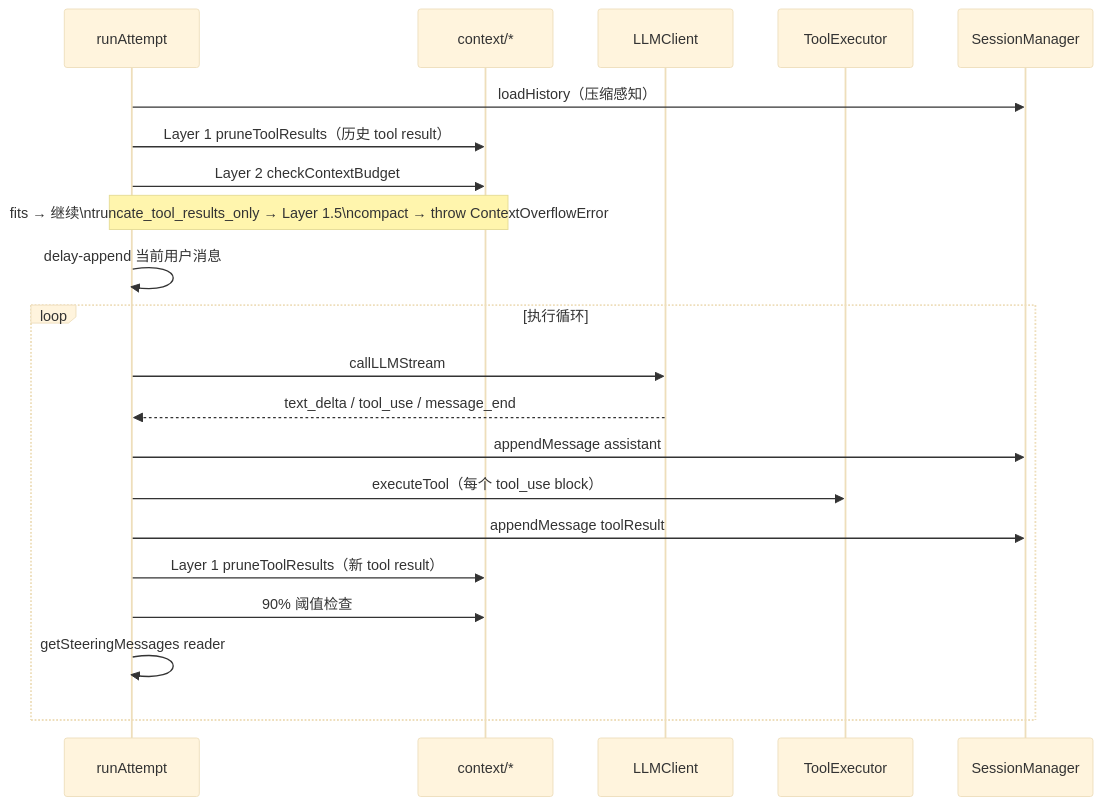
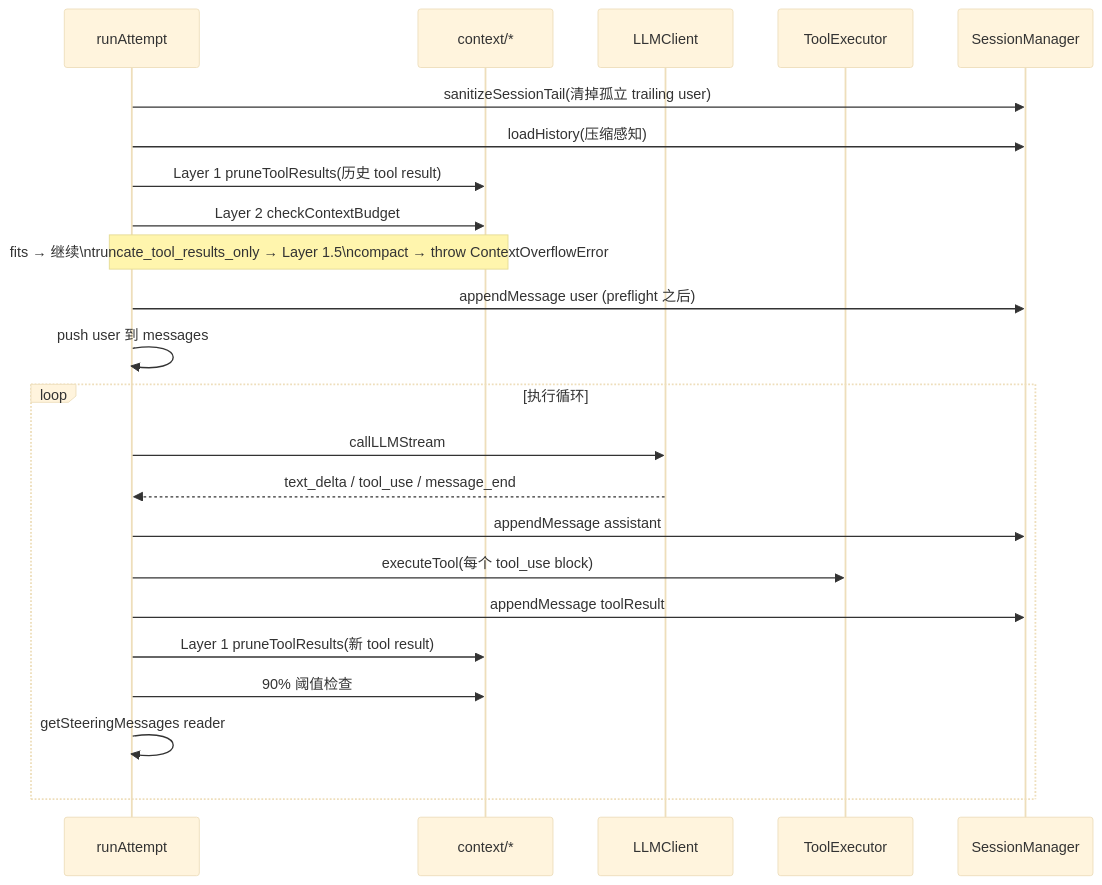
The second of 2 diagrams in docs/architecture/current/core_runner.md (luciferwww/my-agent), drawn with Mermaid (base theme) before and after one commit. The commit also changed other lines of this file and 2 other files, not shown here.

First line of the commit message:
docs(core-runner): sync design docs with sanitizeSessionTail + user-append downshift

````diff
--- a/docs/architecture/current/core_runner.md
+++ b/docs/architecture/current/core_runner.md
@@ -172,24 +173,26 @@
 ```mermaid
 sequenceDiagram
     participant RA as runAttempt
     participant CTX as context/*
     participant LLM as LLMClient
     participant TOOL as ToolExecutor
     participant SESS as SessionManager
 
-    RA->>SESS: loadHistory（压缩感知）
-    RA->>CTX: Layer 1 pruneToolResults（历史 tool result）
+    RA->>SESS: sanitizeSessionTail(清掉孤立 trailing user)
+    RA->>SESS: loadHistory(压缩感知)
+    RA->>CTX: Layer 1 pruneToolResults(历史 tool result)
     RA->>CTX: Layer 2 checkContextBudget
     note over RA,CTX: fits → 继续\ntruncate_tool_results_only → Layer 1.5\ncompact → throw ContextOverflowError
-    RA->>RA: delay-append 当前用户消息
+    RA->>SESS: appendMessage user (preflight 之后)
+    RA->>RA: push user 到 messages
     loop 执行循环
         RA->>LLM: callLLMStream
         LLM-->>RA: text_delta / tool_use / message_end
         RA->>SESS: appendMessage assistant
-        RA->>TOOL: executeTool（每个 tool_use block）
+        RA->>TOOL: executeTool(每个 tool_use block)
         RA->>SESS: appendMessage toolResult
-        RA->>CTX: Layer 1 pruneToolResults（新 tool result）
+        RA->>CTX: Layer 1 pruneToolResults(新 tool result)
         RA->>CTX: 90% 阈值检查
         RA->>RA: getSteeringMessages reader
     end
 ```
````
